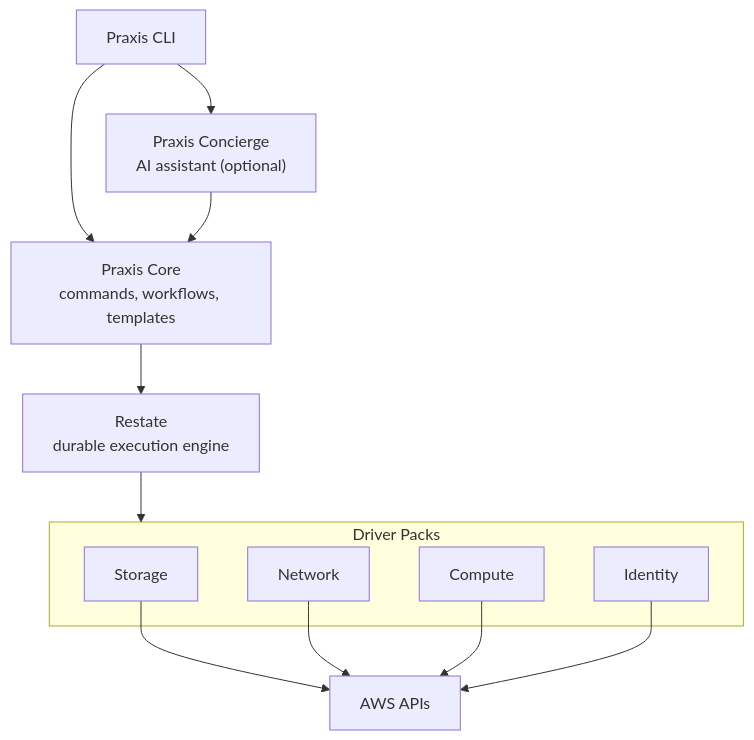
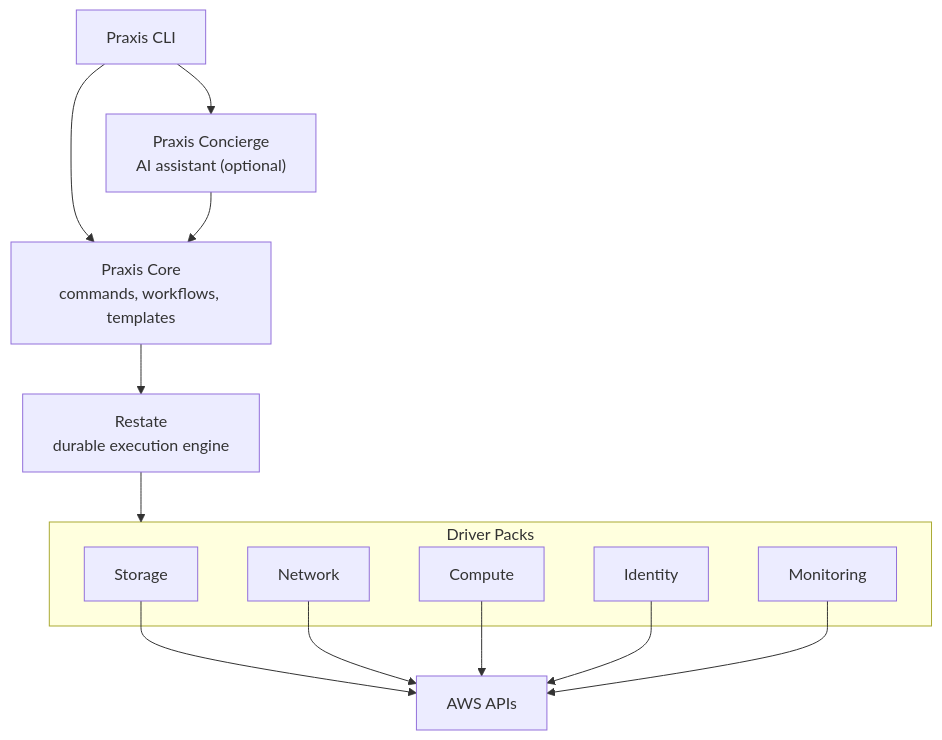
The diagram in README.md (shirvan/praxis), drawn with Mermaid before and after one commit. The commit also changed other lines of this file and 413 other files, not shown here.

````diff
--- a/README.md
+++ b/README.md
@@ -15,20 +15,22 @@
 ```mermaid
 graph TD
     CLI["Praxis CLI"] --> Core["Praxis Core<br/>commands, workflows, templates"]
     CLI --> Concierge["Praxis Concierge<br/>AI assistant (optional)"]
     Concierge --> Core
     Core --> Restate["Restate<br/>durable execution engine"]
     Restate --> Drivers
 
     subgraph Drivers["Driver Packs"]
         Storage
         Network
         Compute
         Identity
+        Monitoring
     end
 
     Storage --> AWS["AWS APIs"]
     Network --> AWS
     Compute --> AWS
     Identity --> AWS
+    Monitoring --> AWS
 ```
````
